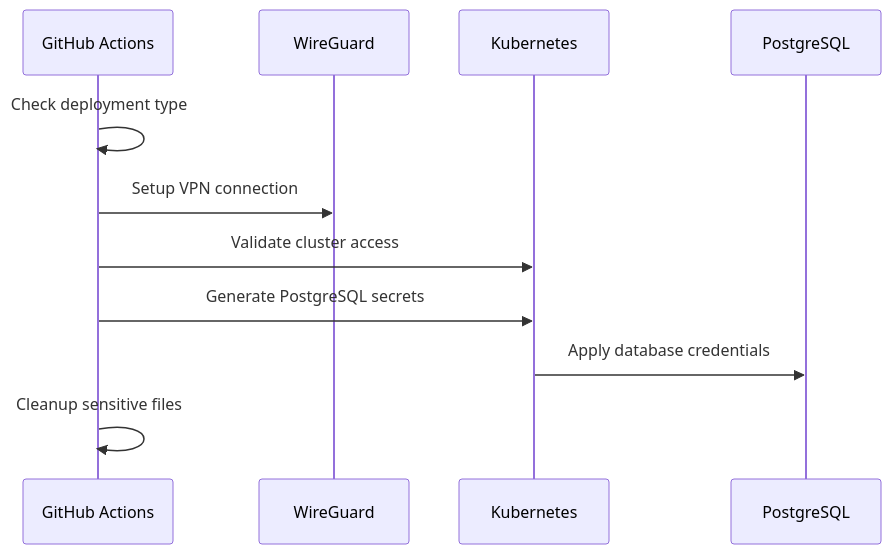
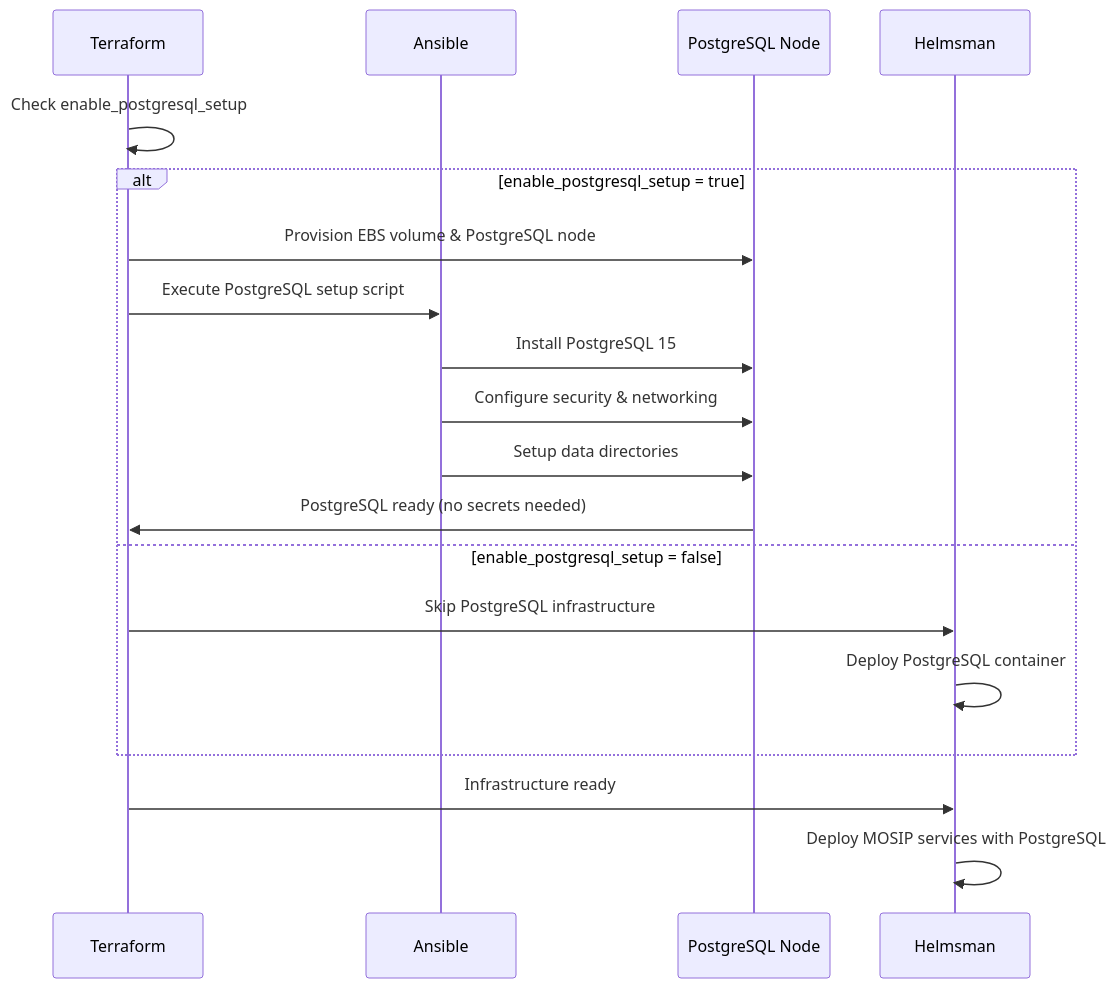
Before and after one commit to mosip/infra: the sixth of 7 diagrams in docs/RAPID_DEPLOYMENT_ARCHITECTURE.md, drawn with Mermaid. The commit also changed other lines of this file and 18 other files, not shown here.

````diff
--- a/docs/RAPID_DEPLOYMENT_ARCHITECTURE.md
+++ b/docs/RAPID_DEPLOYMENT_ARCHITECTURE.md
@@ -198,14 +216,22 @@
 ```mermaid
 sequenceDiagram
-    participant GA as GitHub Actions
-    participant WG as WireGuard
-    participant K8S as Kubernetes
-    participant PG as PostgreSQL
+    participant TF as Terraform
+    participant ANS as Ansible
+    participant NODE as PostgreSQL Node
+    participant HELM as Helmsman
     
-    GA->>GA: Check deployment type
-    GA->>WG: Setup VPN connection
-    GA->>K8S: Validate cluster access
-    GA->>K8S: Generate PostgreSQL secrets
-    K8S->>PG: Apply database credentials
-    GA->>GA: Cleanup sensitive files
+    TF->>TF: Check enable_postgresql_setup
+    alt enable_postgresql_setup = true
+        TF->>NODE: Provision EBS volume & PostgreSQL node
+        TF->>ANS: Execute PostgreSQL setup script
+        ANS->>NODE: Install PostgreSQL 15
+        ANS->>NODE: Configure security & networking
+        ANS->>NODE: Setup data directories
+        NODE->>TF: PostgreSQL ready (no secrets needed)
+    else enable_postgresql_setup = false
+        TF->>HELM: Skip PostgreSQL infrastructure
+        HELM->>HELM: Deploy PostgreSQL container
+    end
+    TF->>HELM: Infrastructure ready
+    HELM->>HELM: Deploy MOSIP services with PostgreSQL
 ```
````
